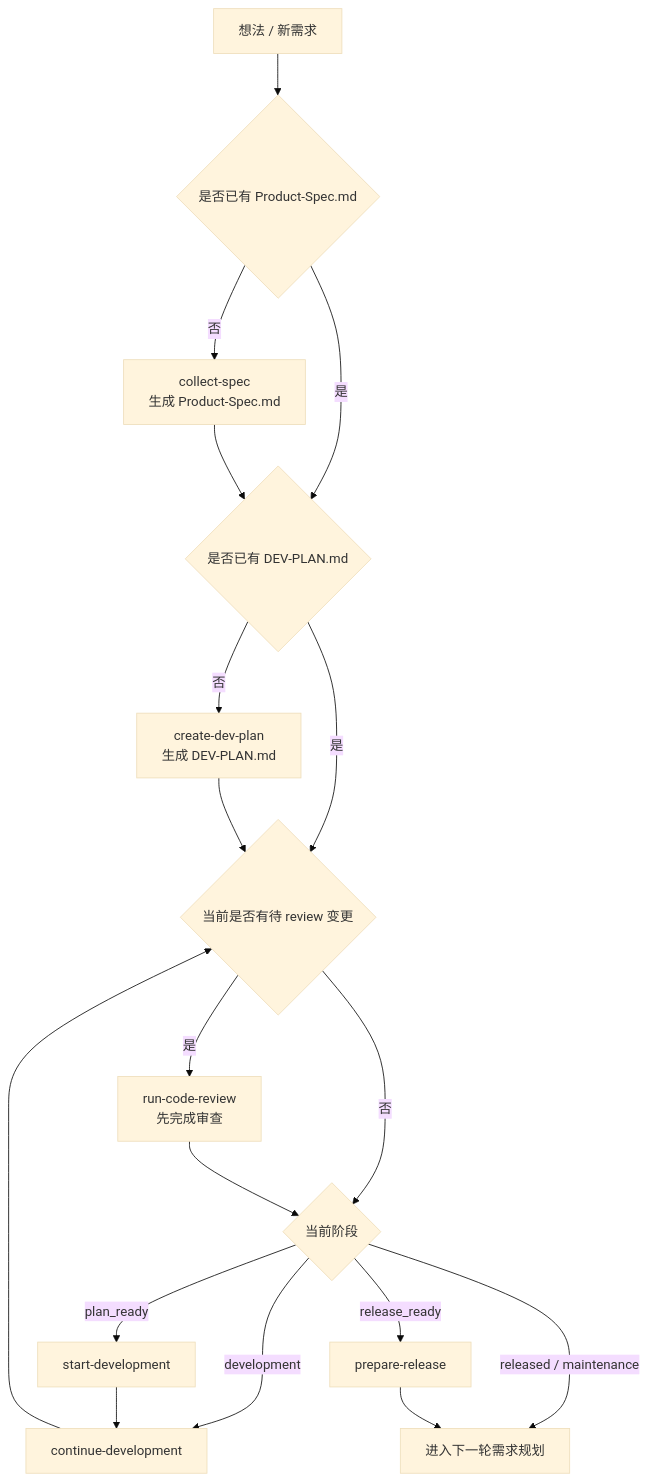
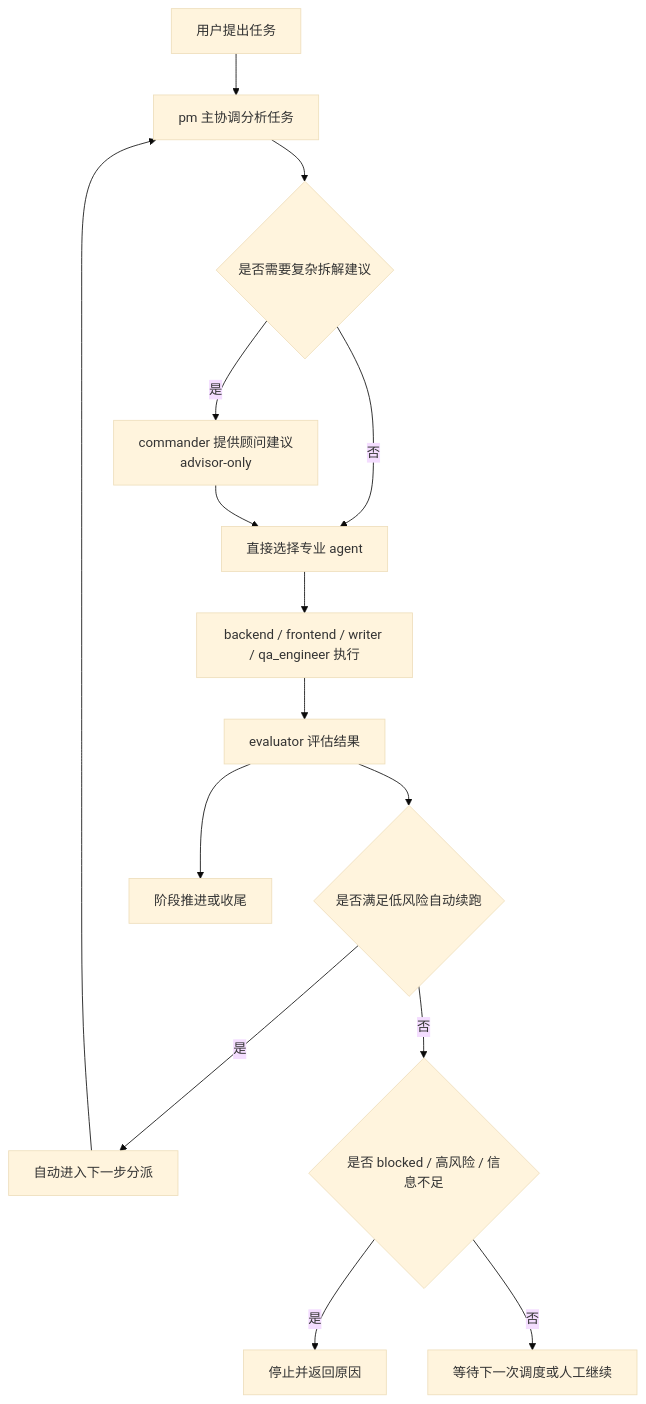
Before and after one commit to walke2019/opencode-pm-workflow: the first of 3 diagrams in docs/runbooks/pm-workflow-usage-flow.md, drawn with Mermaid (base theme). The commit also changed other lines of this file and 11 other files, not shown here.

````diff
--- a/docs/runbooks/pm-workflow-usage-flow.md
+++ b/docs/runbooks/pm-workflow-usage-flow.md
@@ -159,20 +168,22 @@
 ```mermaid
 flowchart TD
-    A[想法 / 新需求] --> B{是否已有 Product-Spec.md}
-    B -- 否 --> C[collect-spec\n生成 Product-Spec.md]
-    B -- 是 --> D{是否已有 DEV-PLAN.md}
-    C --> D
-    D -- 否 --> E[create-dev-plan\n生成 DEV-PLAN.md]
-    D -- 是 --> F{当前是否有待 review 变更}
-    E --> F
-    F -- 是 --> G[run-code-review\n先完成审查]
-    F -- 否 --> H{当前阶段}
-    H -- plan_ready --> I[start-development]
-    H -- development --> J[continue-development]
-    H -- release_ready --> K[prepare-release]
-    H -- released / maintenance --> L[进入下一轮需求规划]
-    I --> J
-    J --> F
-    G --> H
-    K --> L
+    A[用户提出任务] --> B[pm 主协调分析任务]
+
+    B --> C{是否需要复杂拆解建议}
+    C -- 是 --> D[commander 提供顾问建议<br/>advisor-only]
+    C -- 否 --> E[直接选择专业 agent]
+    D --> E
+
+    E --> F[backend / frontend / writer / qa_engineer 执行]
+    F --> G[evaluator 评估结果]
+
+    G --> H{是否满足低风险自动续跑}
+    H -- 是 --> I[自动进入下一步分派]
+    I --> B
+
+    H -- 否 --> J{是否 blocked / 高风险 / 信息不足}
+    J -- 是 --> K[停止并返回原因]
+    J -- 否 --> L[等待下一次调度或人工继续]
+
+    G --> M[阶段推进或收尾]
 ```
````
